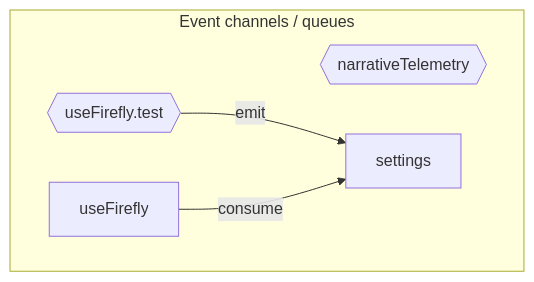
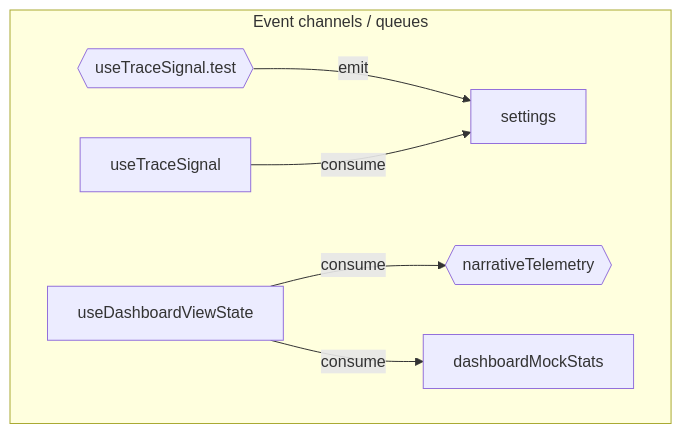
Before and after one commit to jscraik/firefly-narrative: the diagram in .diagram/events.mmd, drawn with Mermaid. The commit also changed 26 other files, not shown here.

```diff
--- a/.diagram/events.mmd
+++ b/.diagram/events.mmd
@@ -1,10 +1,14 @@
 flowchart TD
   subgraph Channels["Event channels / queues"]
+    useTraceSignal_test_970c6ea1{{"useTraceSignal.test"}}
     narrativeTelemetry_70dfa1c5{{"narrativeTelemetry"}}
-    useFirefly_test_2c284fc9{{"useFirefly.test"}}
     settings_cde0fb0d["settings"]
-    useFirefly_4b28bfda["useFirefly"]
+    useDashboardViewState_0962a456["useDashboardViewState"]
+    useTraceSignal_8cb34386["useTraceSignal"]
+    dashboardMockStats_2008817f["dashboardMockStats"]
   end
-  useFirefly_test_2c284fc9 -->|emit| settings_cde0fb0d
-  useFirefly_4b28bfda -->|consume| settings_cde0fb0d
+  useTraceSignal_test_970c6ea1 -->|emit| settings_cde0fb0d
+  useDashboardViewState_0962a456 -->|consume| narrativeTelemetry_70dfa1c5
+  useDashboardViewState_0962a456 -->|consume| dashboardMockStats_2008817f
+  useTraceSignal_8cb34386 -->|consume| settings_cde0fb0d
   classDef eventNode fill:#db2777,color:#fff
```
